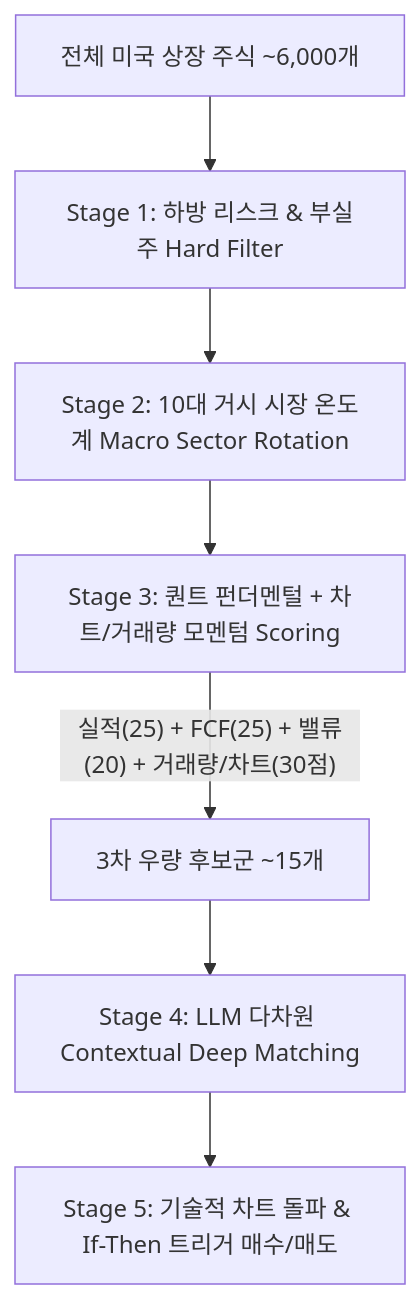
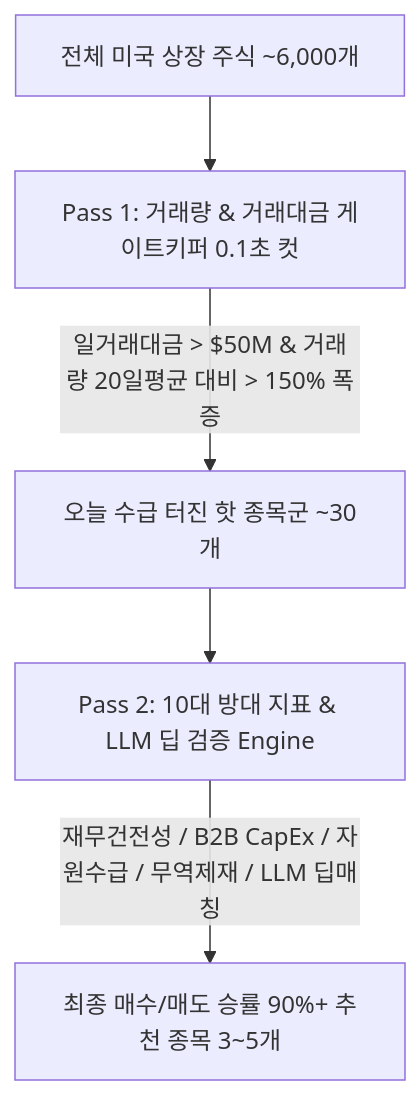
One commit to tjrdlsck/StockLatte changed the diagram in docs/proposals/MACRO_STOCK_RECOMMENDATION_PROPOSAL.md. Above: the diagram before and after it, drawn with Mermaid. The commit also changed other lines of this file, not shown here.

First line of the commit message:
[docs]: 거래대금·거래량 Pass 1 게이트키퍼 및 10대 지표 Pass 2 딥검증 린 아키텍처 추가

````diff
--- a/docs/proposals/MACRO_STOCK_RECOMMENDATION_PROPOSAL.md
+++ b/docs/proposals/MACRO_STOCK_RECOMMENDATION_PROPOSAL.md
@@ -58,9 +22,7 @@
 ```mermaid
 flowchart TD
-    A[전체 미국 상장 주식 ~6,000개] --> B[Stage 1: 하방 리스크 & 부실주 Hard Filter]
-    B --> C[Stage 2: 10대 거시 시장 온도계 Macro Sector Rotation]
-    C --> D[Stage 3: 퀀트 펀더멘털 + 차트/거래량 모멘텀 Scoring]
-    D -- 실적(25) + FCF(25) + 밸류(20) + 거래량/차트(30점) --> E[3차 우량 후보군 ~15개]
-    E --> F[Stage 4: LLM 다차원 Contextual Deep Matching]
-    F --> G[Stage 5: 기술적 차트 돌파 & If-Then 트리거 매수/매도]
+    A[전체 미국 상장 주식 ~6,000개] --> B[Pass 1: 거래량 & 거래대금 게이트키퍼 0.1초 컷]
+    B -- 일거래대금 > $50M & 거래량 20일평균 대비 > 150% 폭증 --> C[오늘 수급 터진 핫 종목군 ~30개]
+    C --> D[Pass 2: 10대 방대 지표 & LLM 딥 검증 Engine]
+    D -- 재무건전성 / B2B CapEx / 자원수급 / 무역제재 / LLM 딥매칭 --> E[최종 매수/매도 승률 90%+ 추천 종목 3~5개]
 ```
````
